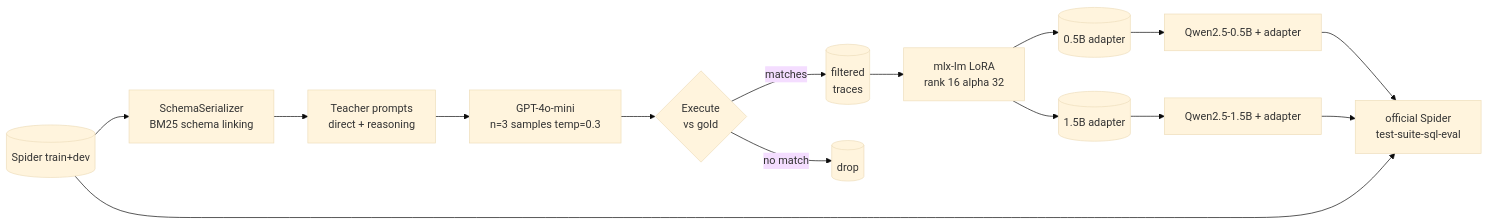
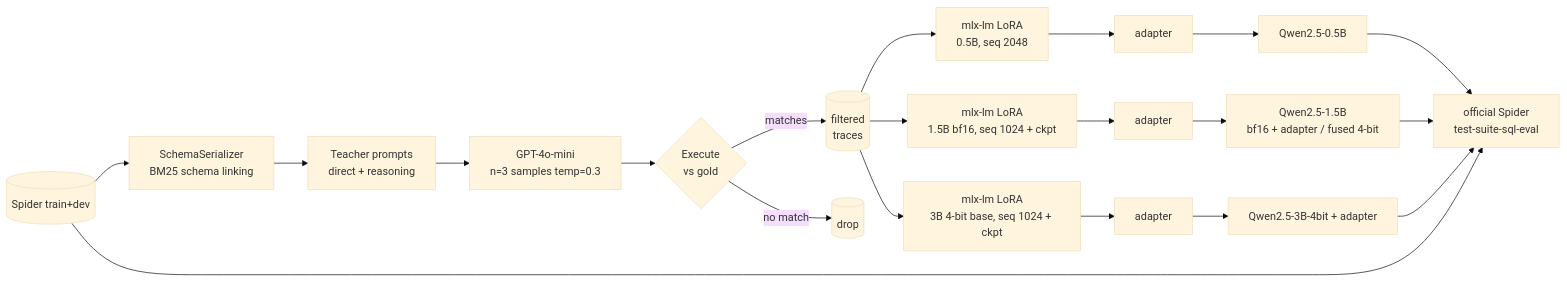
The diagram in README.md (zxuhan/distill-sql), drawn with Mermaid (base theme) before and after one commit. The commit also changed other lines of this file, not shown here.

````diff
--- a/README.md
+++ b/README.md
@@ -107,17 +174,19 @@
 ```mermaid
 flowchart LR
   spider[(Spider train+dev)] --> serializer[SchemaSerializer<br/>BM25 schema linking]
   serializer --> teacher[Teacher prompts<br/>direct + reasoning]
   teacher --> openai[GPT-4o-mini<br/>n=3 samples temp=0.3]
   openai --> validate{Execute<br/>vs gold}
   validate -->|matches| traces[(filtered<br/>traces)]
   validate -->|no match| drop[(drop)]
-  traces --> trainer[mlx-lm LoRA<br/>rank 16 alpha 32]
-  trainer --> adapter05[(0.5B adapter)]
-  trainer --> adapter15[(1.5B adapter)]
-  adapter05 --> student05[Qwen2.5-0.5B + adapter]
-  adapter15 --> student15[Qwen2.5-1.5B + adapter]
-  student05 --> eval[official Spider<br/>test-suite-sql-eval]
-  student15 --> eval
+  traces --> trainer05[mlx-lm LoRA<br/>0.5B, seq 2048]
+  traces --> trainer15[mlx-lm LoRA<br/>1.5B bf16, seq 1024 + ckpt]
+  traces --> trainer3[mlx-lm LoRA<br/>3B 4-bit base, seq 1024 + ckpt]
+  trainer05 --> a05[adapter] --> s05[Qwen2.5-0.5B]
+  trainer15 --> a15[adapter] --> s15[Qwen2.5-1.5B<br/>bf16 + adapter / fused 4-bit]
+  trainer3 --> a3[adapter] --> s3[Qwen2.5-3B-4bit + adapter]
+  s05 --> eval[official Spider<br/>test-suite-sql-eval]
+  s15 --> eval
+  s3 --> eval
   spider --> eval
 ```
````
